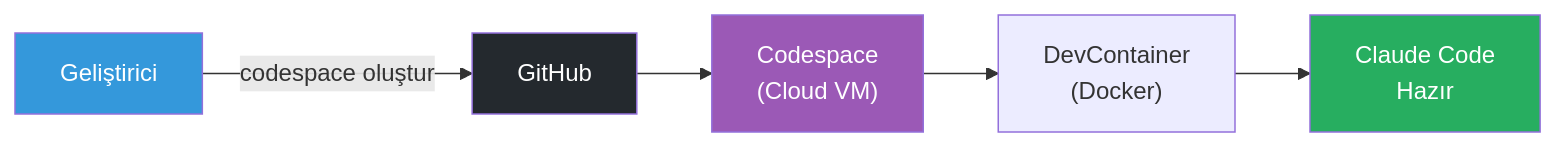
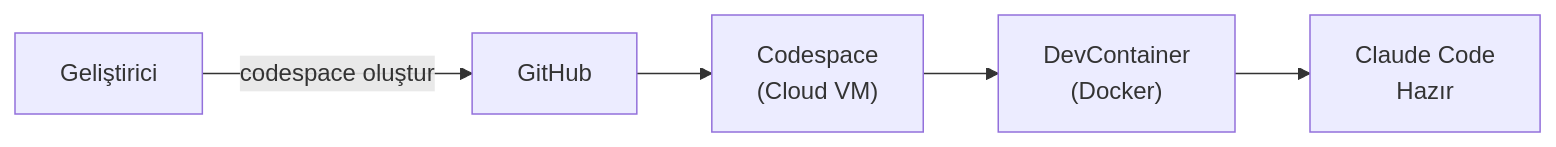
One commit to IzzetYasinAtes/ClaudeCodeHandbook changed the fourth of 5 diagrams in 18-kurumsal-kullanim/07-devcontainer.md. Above: the diagram before and after it, drawn with Mermaid. The commit also changed other lines of this file and 97 other files, not shown here.

Commit message:
Remove all custom Mermaid style/fill colors from 98 markdown files for consistent dark theme rendering

````diff
--- a/18-kurumsal-kullanim/07-devcontainer.md
+++ b/18-kurumsal-kullanim/07-devcontainer.md
@@ -273,12 +262,8 @@
 ```mermaid
 flowchart LR
     DEV["Geliştirici"] --> |"codespace oluştur"| GH["GitHub"]
     GH --> CS["Codespace<br/>(Cloud VM)"]
     CS --> DC["DevContainer<br/>(Docker)"]
     DC --> CC["Claude Code<br/>Hazır"]
 
-    style DEV fill:#3498DB,color:#fff
-    style GH fill:#24292E,color:#fff
-    style CS fill:#9B59B6,color:#fff
-    style CC fill:#27AE60,color:#fff
 ```
````
